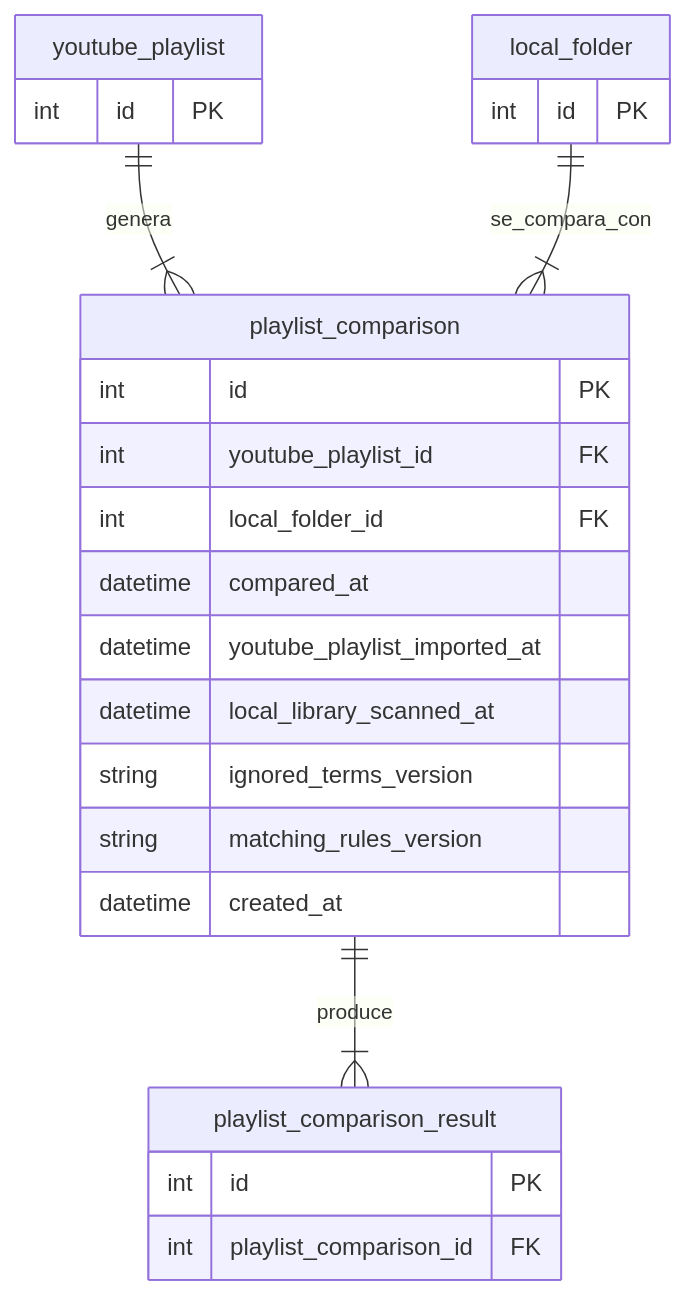
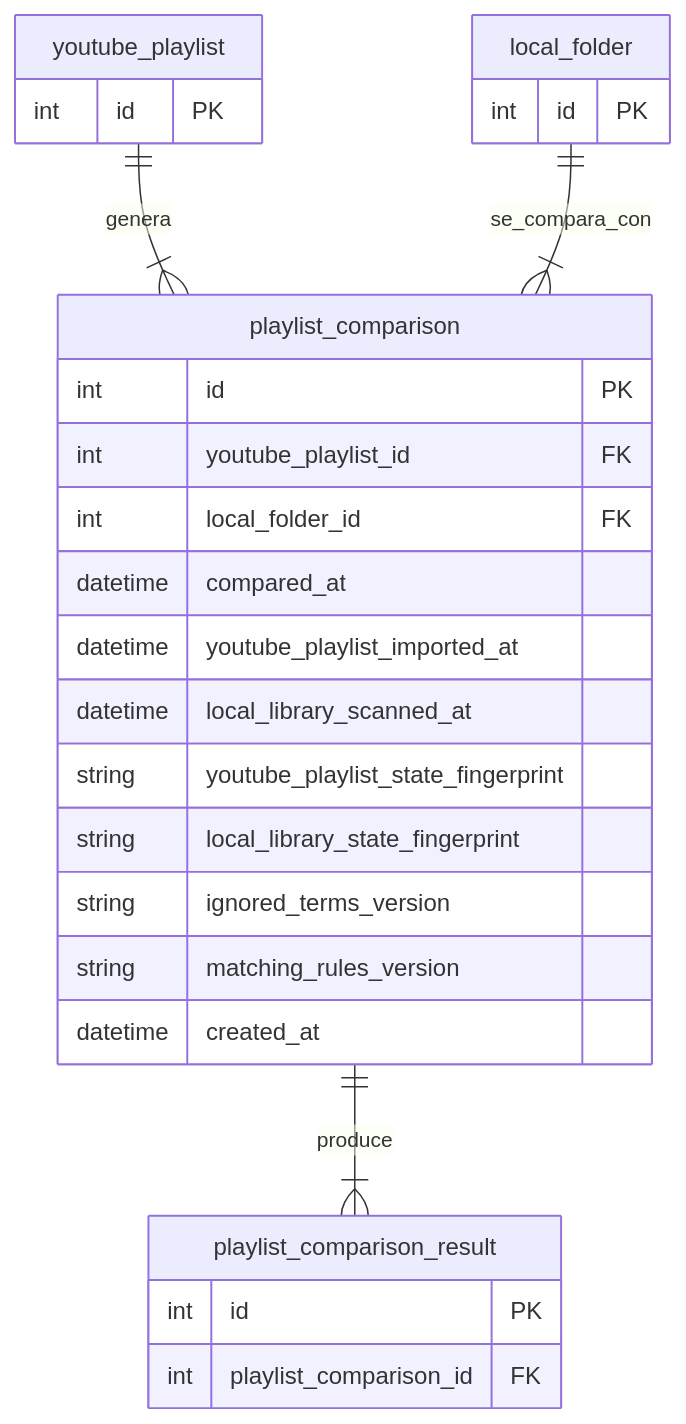
One commit to AngelRagel05/AppMusic changed the diagram in doc/bbdd/tables/playlistComparison.md. Above: the diagram before and after it, drawn with Mermaid. The commit also changed other lines of this file and 13 other files, not shown here.

Commit message:
Persist comparison snapshot schema metadata

````diff
--- a/doc/bbdd/tables/playlistComparison.md
+++ b/doc/bbdd/tables/playlistComparison.md
@@ -35,31 +37,33 @@
 ```mermaid
 erDiagram
     playlist_comparison {
         int id PK
         int youtube_playlist_id FK
         int local_folder_id FK
         datetime compared_at
         datetime youtube_playlist_imported_at
         datetime local_library_scanned_at
+        string youtube_playlist_state_fingerprint
+        string local_library_state_fingerprint
         string ignored_terms_version
         string matching_rules_version
         datetime created_at
     }
 
     youtube_playlist {
         int id PK
     }
 
     local_folder {
         int id PK
     }
 
     playlist_comparison_result {
         int id PK
         int playlist_comparison_id FK
     }
 
     youtube_playlist ||--|{ playlist_comparison : genera
     local_folder ||--|{ playlist_comparison : se_compara_con
     playlist_comparison ||--|{ playlist_comparison_result : produce
 ```
````
